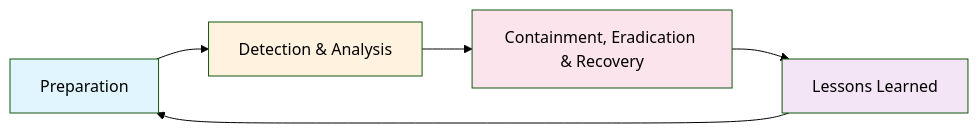
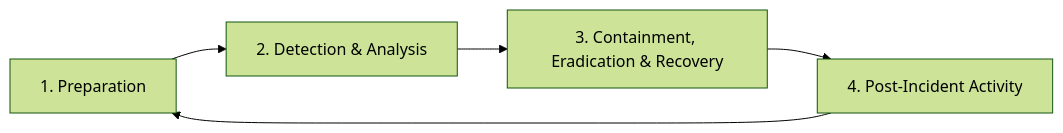
Before and after one commit to d3vhackz/BTL1: the diagram in 06-incident-response/02-ir-frameworks-and-methodologies.md, drawn with Mermaid (forest theme). The commit also changed other lines of this file, not shown here.

````diff
--- a/06-incident-response/02-ir-frameworks-and-methodologies.md
+++ b/06-incident-response/02-ir-frameworks-and-methodologies.md
@@ -9,12 +13,7 @@
 ```mermaid
 graph LR
-    A[Preparation] --> B[Detection & Analysis]
-    B --> C[Containment, Eradication & Recovery]
-    C --> D[Lessons Learned]
+    A[1. Preparation] --> B[2. Detection & Analysis]
+    B --> C[3. Containment, Eradication & Recovery]
+    C --> D[4. Post-Incident Activity]
     D --> A
-    
-    style A fill:#e1f5fe
-    style B fill:#fff3e0
-    style C fill:#fce4ec
-    style D fill:#f3e5f5
 ```
````
